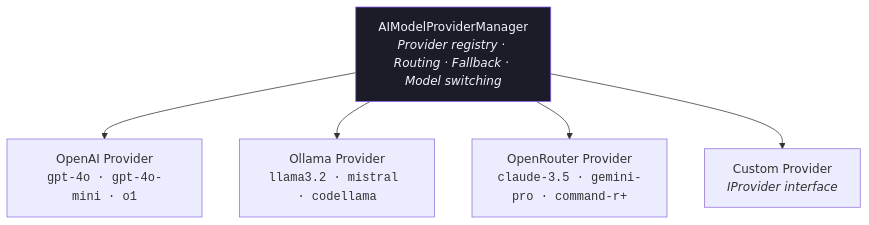
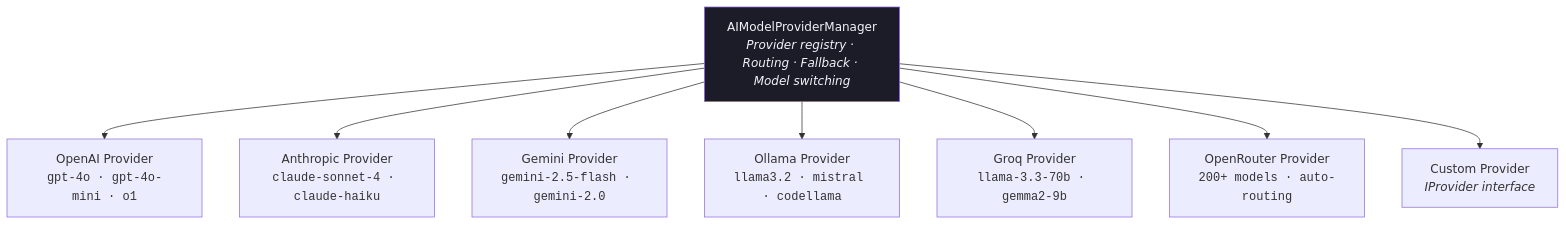
One commit to framersai/agentos changed the fourth of 8 diagrams in README.md. Above: the diagram before and after it, drawn with Mermaid. The commit also changed other lines of this file, not shown here.

Commit message:
docs: multi-provider examples, provider-first pattern, default models table

````diff
--- a/README.md
+++ b/README.md
@@ -571,9 +705,12 @@
 ```mermaid
 graph TD
     PM["AIModelProviderManager<br/><i>Provider registry · Routing · Fallback · Model switching</i>"]
     PM --> OAI["OpenAI Provider<br/><code>gpt-4o · gpt-4o-mini · o1</code>"]
+    PM --> Anth["Anthropic Provider<br/><code>claude-sonnet-4 · claude-haiku</code>"]
+    PM --> Gem["Gemini Provider<br/><code>gemini-2.5-flash · gemini-2.0</code>"]
     PM --> Oll["Ollama Provider<br/><code>llama3.2 · mistral · codellama</code>"]
-    PM --> OR["OpenRouter Provider<br/><code>claude-3.5 · gemini-pro · command-r+</code>"]
+    PM --> GQ["Groq Provider<br/><code>llama-3.3-70b · gemma2-9b</code>"]
+    PM --> OR["OpenRouter Provider<br/><code>200+ models · auto-routing</code>"]
     PM --> Custom["Custom Provider<br/><i>IProvider interface</i>"]
     style PM fill:#1c1c28,stroke:#8b5cf6,color:#f2f2fa
 ```
````
